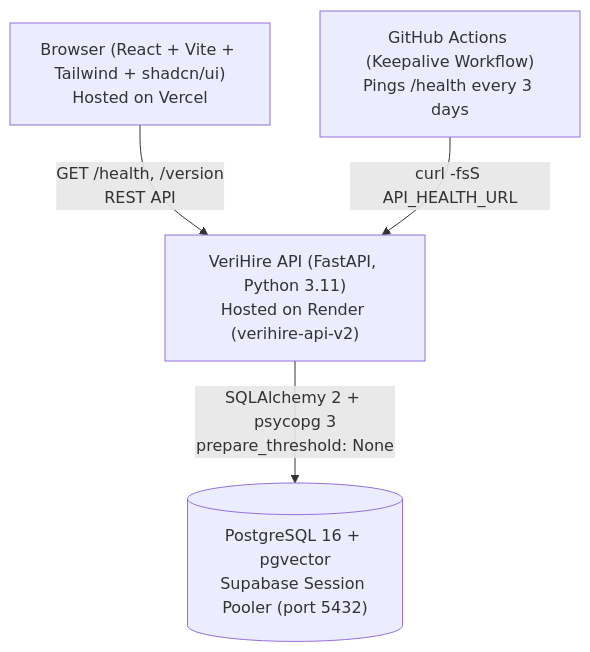
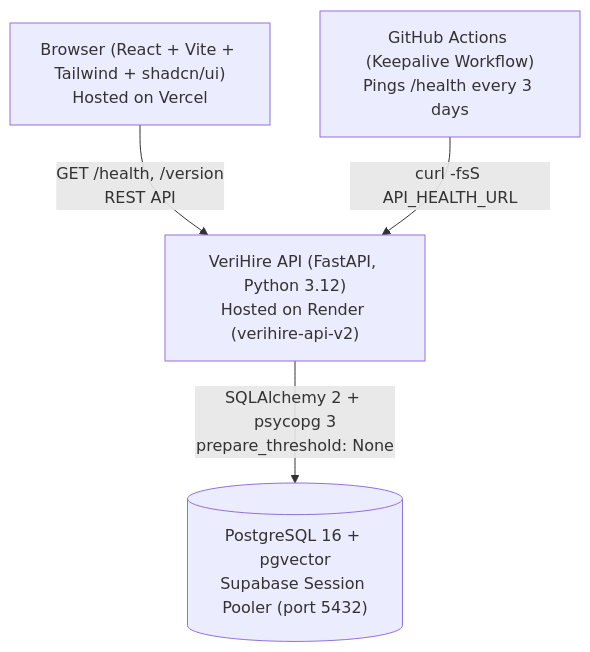
Before and after one commit to Narayan1006/VireHire: the diagram in README.md, drawn with Mermaid. The commit also changed other lines of this file and 33 other files, not shown here.

````diff
--- a/README.md
+++ b/README.md
@@ -7,11 +7,11 @@
 ```mermaid
 graph TD
     Client["Browser (React + Vite + Tailwind + shadcn/ui)<br/>Hosted on Vercel"]
-    API["VeriHire API (FastAPI, Python 3.11)<br/>Hosted on Render (verihire-api-v2)"]
+    API["VeriHire API (FastAPI, Python 3.12)<br/>Hosted on Render (verihire-api-v2)"]
     DB[("PostgreSQL 16 + pgvector<br/>Supabase Session Pooler (port 5432)")]
     Keepalive["GitHub Actions (Keepalive Workflow)<br/>Pings /health every 3 days"]
 
     Client -->|"GET /health, /version<br/>REST API"| API
     API -->|"SQLAlchemy 2 + psycopg 3<br/>prepare_threshold: None"| DB
     Keepalive -->|"curl -fsS API_HEALTH_URL"| API
 ```
````
